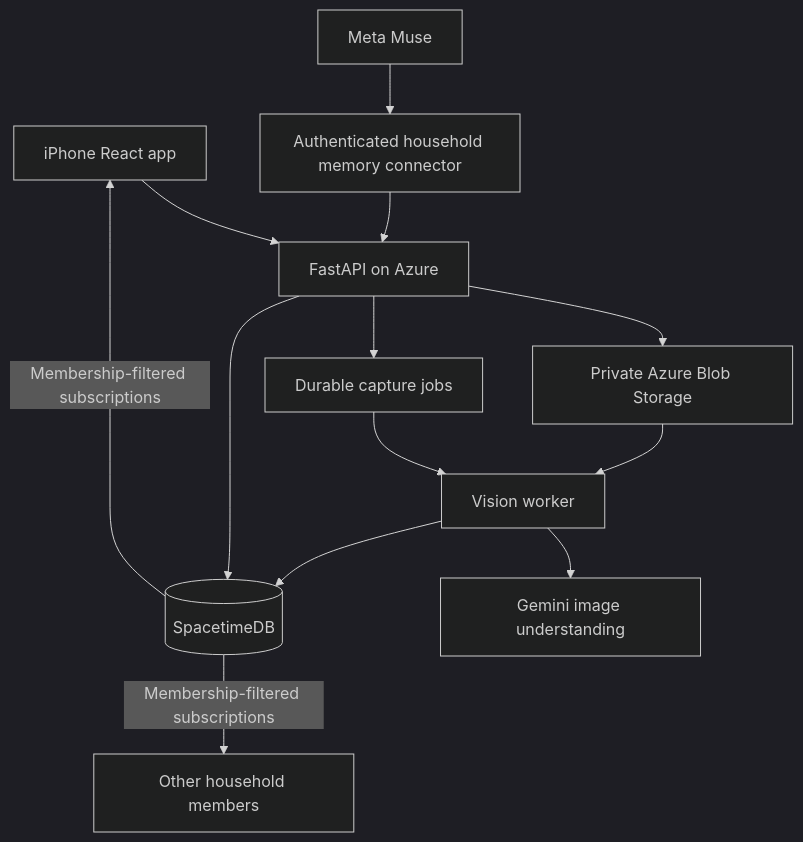
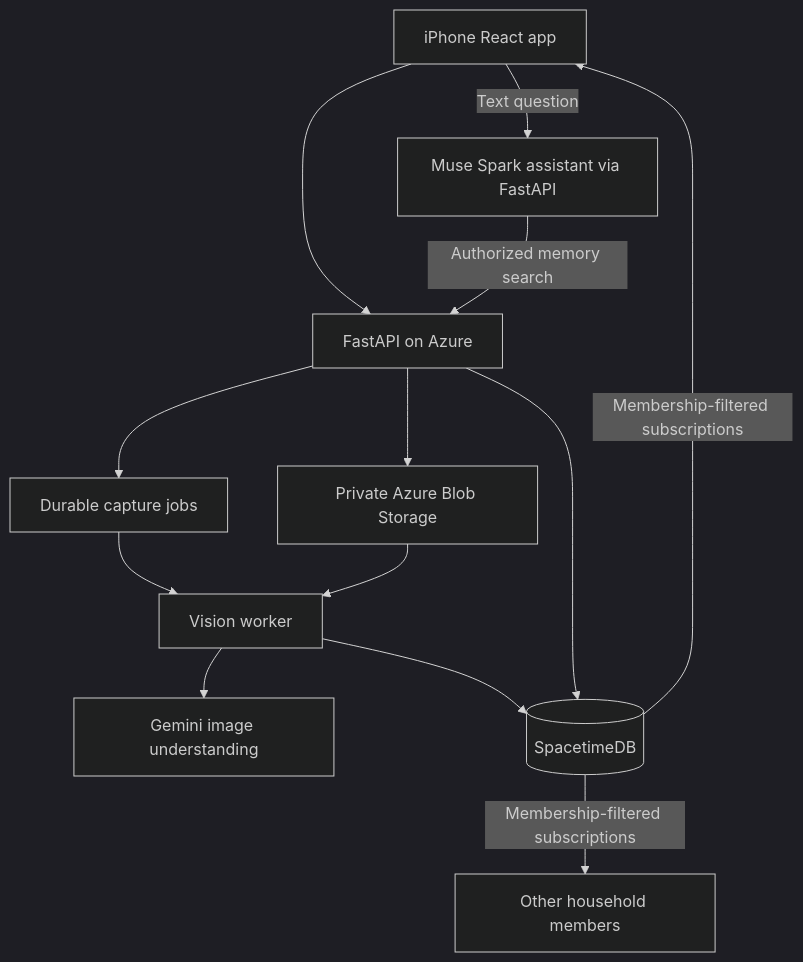
One commit to preespp/CalHacks_Kyuran_Alex_Pree_Ohn changed the second of 2 diagrams in docs/ARCHITECTURE.md. Above: the diagram before and after it, drawn with Mermaid (dark theme). The commit also changed other lines of this file and 47 other files, not shown here.

````diff
--- a/docs/ARCHITECTURE.md
+++ b/docs/ARCHITECTURE.md
@@ -21,15 +29,15 @@
 ```mermaid
 flowchart TD
   Phone[iPhone React app] --> API[FastAPI on Azure]
   API --> Images[Private Azure Blob Storage]
   API --> Jobs[Durable capture jobs]
   Jobs --> Worker[Vision worker]
   Images --> Worker
   Worker --> Gemini[Gemini image understanding]
   Worker --> Memory[(SpacetimeDB)]
   Memory -->|Membership-filtered subscriptions| Phone
   Memory -->|Membership-filtered subscriptions| Household[Other household members]
-  Muse[Meta Muse] --> Connector[Authenticated household memory connector]
-  Connector --> API
+  Phone -->|Text question| Assistant[Muse Spark assistant via FastAPI]
+  Assistant -->|Authorized memory search| API
   API --> Memory
 ```
````
